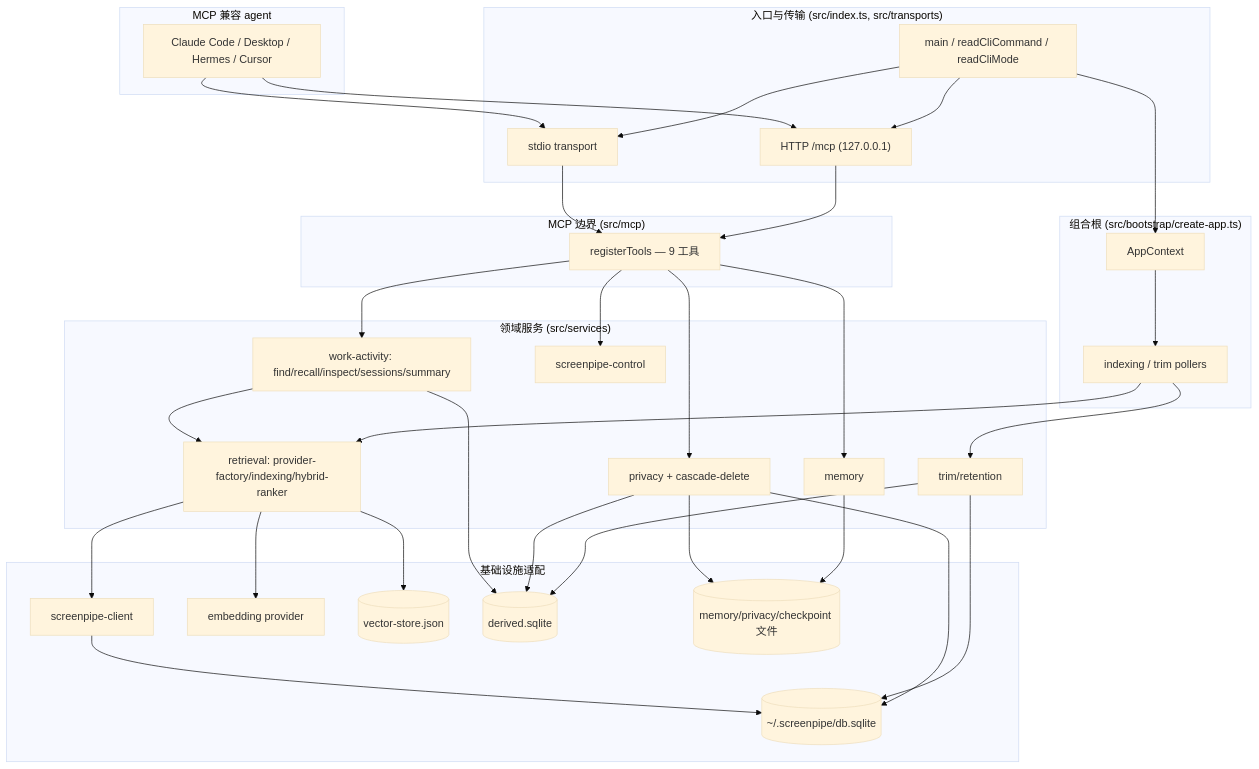
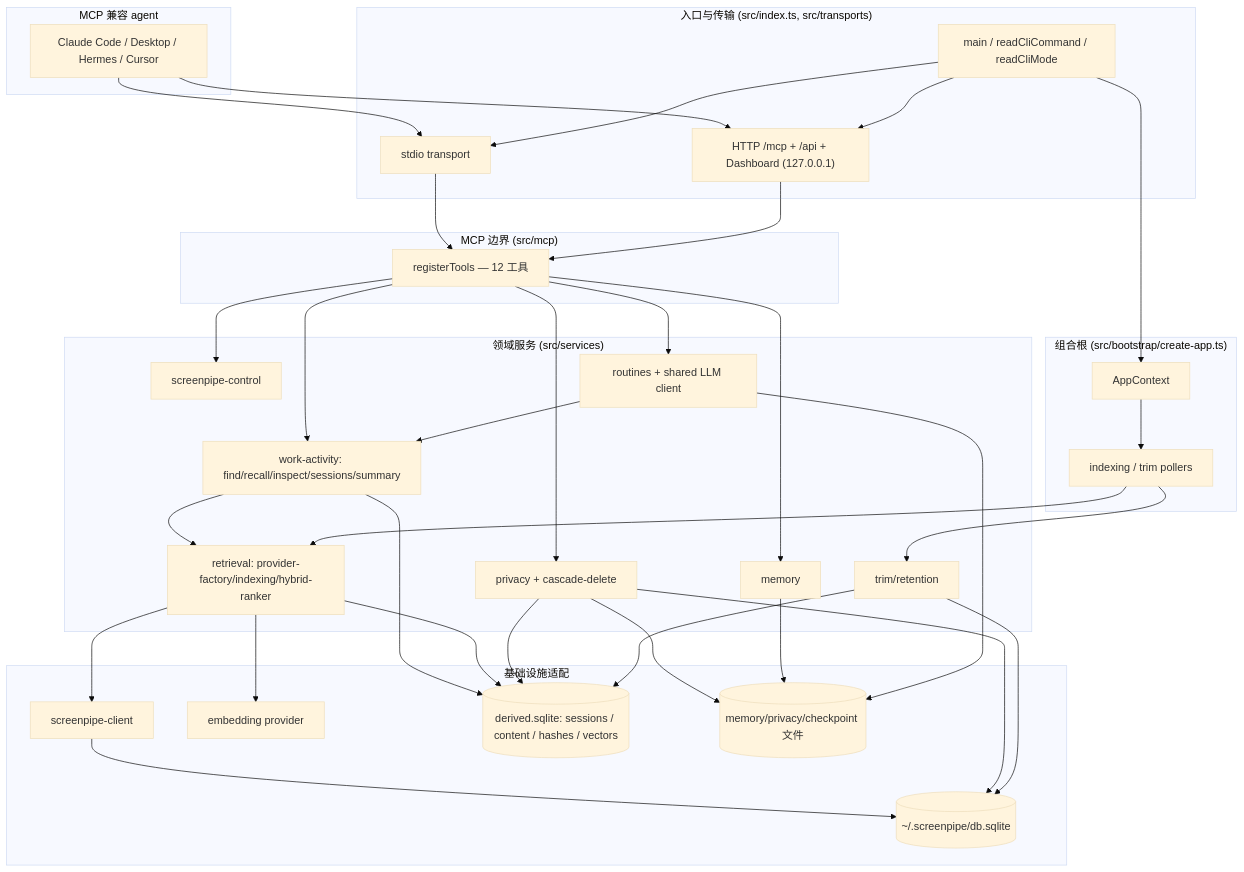
Before and after one commit to xiaozhenliu/canary-alpha: the diagram in docs/architecture.md, drawn with Mermaid (base theme). The commit also changed other lines of this file and 4 other files, not shown here.

Commit message:
docs: consolidate agent guidance and project roadmap

````diff
--- a/docs/architecture.md
+++ b/docs/architecture.md
@@ -207,53 +212,54 @@
 ```mermaid
 graph TD
   subgraph Clients["MCP 兼容 agent"]
     C[Claude Code / Desktop / Hermes / Cursor]
   end
 
   subgraph Entry["入口与传输 (src/index.ts, src/transports)"]
     IDX[main / readCliCommand / readCliMode]
     STDIO[stdio transport]
-    HTTP["HTTP /mcp (127.0.0.1)"]
+    HTTP["HTTP /mcp + /api + Dashboard (127.0.0.1)"]
   end
 
   subgraph Boot["组合根 (src/bootstrap/create-app.ts)"]
     APP[AppContext]
     POLL[indexing / trim pollers]
   end
 
   subgraph MCP["MCP 边界 (src/mcp)"]
-    REG[registerTools — 9 工具]
+    REG[registerTools — 12 工具]
   end
 
   subgraph Services["领域服务 (src/services)"]
     WA[work-activity: find/recall/inspect/sessions/summary]
     RET[retrieval: provider-factory/indexing/hybrid-ranker]
     MEM[memory]
     PRIV[privacy + cascade-delete]
     SPC[screenpipe-control]
     TRIM[trim/retention]
+    ROUT[routines + shared LLM client]
   end
 
   subgraph Infra["基础设施适配"]
     SPCLIENT[screenpipe-client]
     EMB[embedding provider]
-    VS[(vector-store.json)]
-    DDB[(derived.sqlite)]
+    DDB[(derived.sqlite: sessions / content / hashes / vectors)]
     FILES[(memory/privacy/checkpoint 文件)]
     SPDB[(~/.screenpipe/db.sqlite)]
   end
 
   C --> STDIO & HTTP
   IDX --> STDIO & HTTP
   STDIO & HTTP --> REG
   IDX --> APP
   APP --> POLL
-  REG --> WA & MEM & PRIV & SPC
+  REG --> WA & MEM & PRIV & SPC & ROUT
   WA --> RET & DDB
-  RET --> EMB & VS & SPCLIENT
+  RET --> EMB & DDB & SPCLIENT
   POLL --> RET & TRIM
   SPCLIENT --> SPDB
   PRIV --> DDB & SPDB & FILES
   TRIM --> SPDB & DDB
   MEM --> FILES
+  ROUT --> WA & FILES
 ```
````
